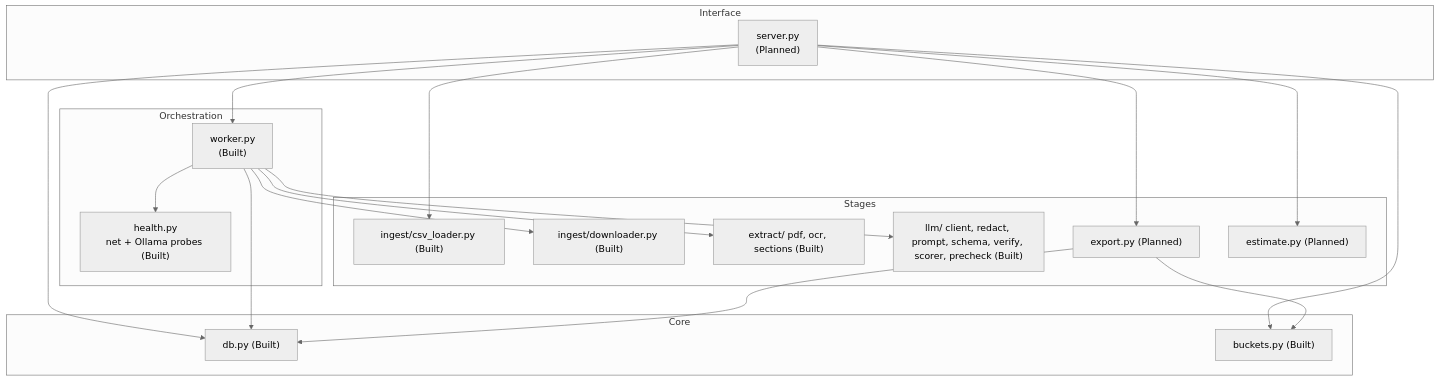
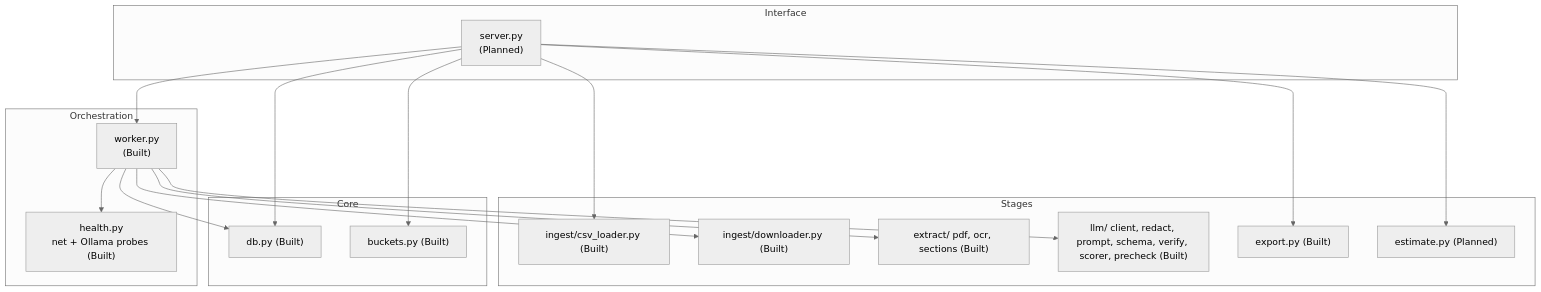
One commit to Aryan27-max/Atlas changed the third of 13 diagrams in ARCHITECTURE.md. Above: the diagram before and after it, drawn with Mermaid (neutral theme). The commit also changed other lines of this file and 7 other files, not shown here.

````diff
--- a/ARCHITECTURE.md
+++ b/ARCHITECTURE.md
@@ -118,36 +118,34 @@
 ```mermaid
 flowchart TB
     subgraph L1["Interface"]
         server["server.py<br/>(Planned)"]
     end
     subgraph L2["Orchestration"]
         worker["worker.py<br/>(Built)"]
         health["health.py<br/>net + Ollama probes (Built)"]
     end
     subgraph L3["Stages"]
         csvl["ingest/csv_loader.py (Built)"]
         dl["ingest/downloader.py (Built)"]
         ext["extract/ pdf, ocr, sections (Built)"]
         llm["llm/ client, redact, prompt, schema, verify, scorer, precheck (Built)"]
-        exp["export.py (Planned)"]
+        exp["export.py (Built)"]
         est["estimate.py (Planned)"]
     end
     subgraph L4["Core"]
         db["db.py (Built)"]
         buckets["buckets.py (Built)"]
     end
 
     server --> worker
     server --> db
     server --> buckets
     server --> csvl
     server --> exp
     server --> est
     worker --> health
     worker --> dl
     worker --> ext
     worker --> llm
     worker --> db
-    exp --> db
-    exp --> buckets
 ```
````
